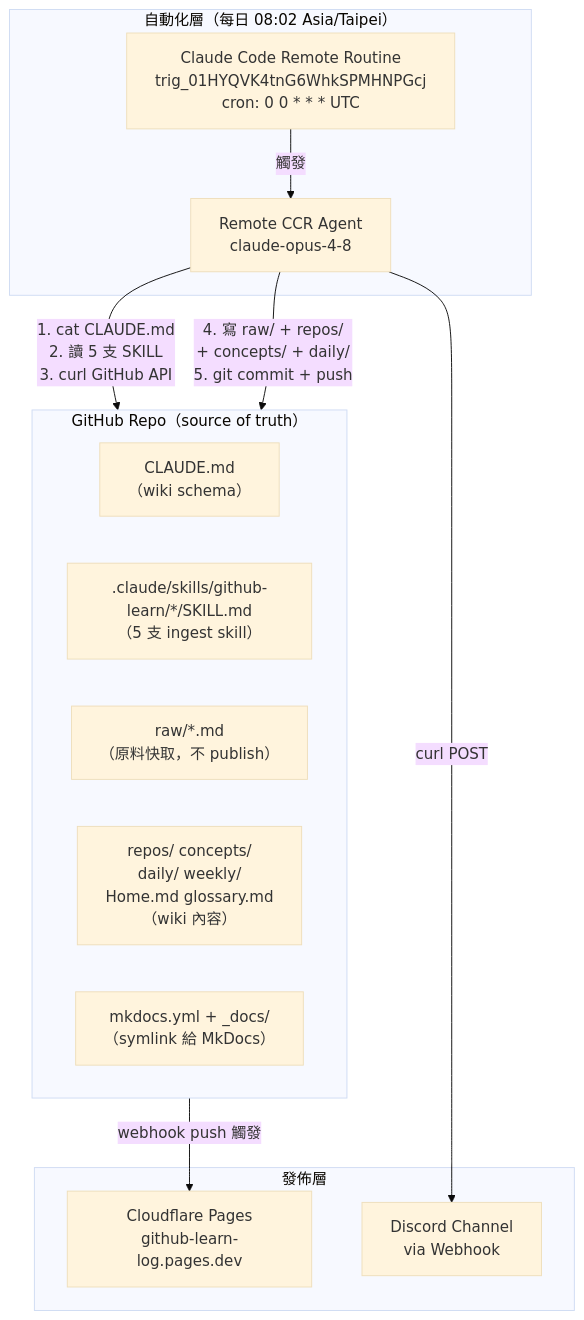
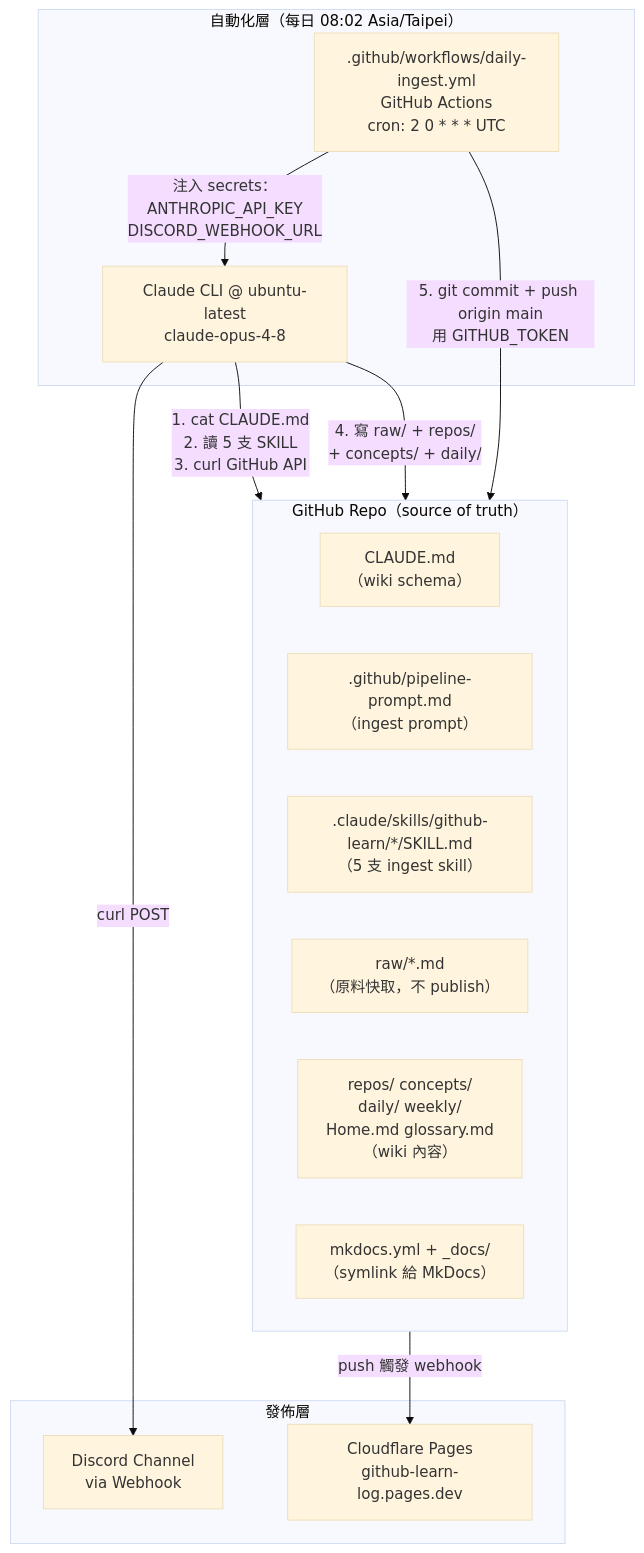
One commit to a920604a/github-learn-log changed the first of 2 diagrams in README.md. Above: the diagram before and after it, drawn with Mermaid (base theme). The commit also changed other lines of this file and 9 other files, not shown here.

Commit message:
feat: implement daily ingest workflow with GitHub Actions and update documentation for Feynman review section

````diff
--- a/README.md
+++ b/README.md
@@ -13,26 +13,28 @@
 ```mermaid
 flowchart TB
   subgraph Automation["自動化層（每日 08:02 Asia/Taipei）"]
-    Cron["Claude Code Remote Routine<br/>trig_01HYQVK4tnG6WhkSPMHNPGcj<br/>cron: 0 0 * * * UTC"]
-    Agent["Remote CCR Agent<br/>claude-opus-4-8"]
-    Cron -->|觸發| Agent
+    GHA[".github/workflows/daily-ingest.yml<br/>GitHub Actions<br/>cron: 2 0 * * * UTC"]
+    Claude["Claude CLI @ ubuntu-latest<br/>claude-opus-4-8"]
+    GHA -->|注入 secrets：<br/>ANTHROPIC_API_KEY<br/>DISCORD_WEBHOOK_URL| Claude
   end
 
   subgraph Repo["GitHub Repo（source of truth）"]
     Schema["CLAUDE.md<br/>（wiki schema）"]
+    Prompt[".github/pipeline-prompt.md<br/>（ingest prompt）"]
     Skills[".claude/skills/github-learn/*/SKILL.md<br/>（5 支 ingest skill）"]
     RawDir["raw/*.md<br/>（原料快取，不 publish）"]
     Wiki["repos/ concepts/<br/>daily/ weekly/<br/>Home.md glossary.md<br/>（wiki 內容）"]
     MkdocsCfg["mkdocs.yml + _docs/<br/>（symlink 給 MkDocs）"]
   end
 
   subgraph Publish["發佈層"]
     CF["Cloudflare Pages<br/>github-learn-log.pages.dev"]
     Discord["Discord Channel<br/>via Webhook"]
   end
 
-  Agent -->|1. cat CLAUDE.md<br/>2. 讀 5 支 SKILL<br/>3. curl GitHub API| Repo
-  Agent -->|4. 寫 raw/ + repos/<br/>+ concepts/ + daily/<br/>5. git commit + push| Repo
-  Repo -->|webhook push 觸發| CF
-  Agent -->|curl POST| Discord
+  Claude -->|1. cat CLAUDE.md<br/>2. 讀 5 支 SKILL<br/>3. curl GitHub API| Repo
+  Claude -->|4. 寫 raw/ + repos/<br/>+ concepts/ + daily/| Repo
+  GHA -->|5. git commit + push origin main<br/>用 GITHUB_TOKEN| Repo
+  Repo -->|push 觸發 webhook| CF
+  Claude -->|curl POST| Discord
 ```
````
